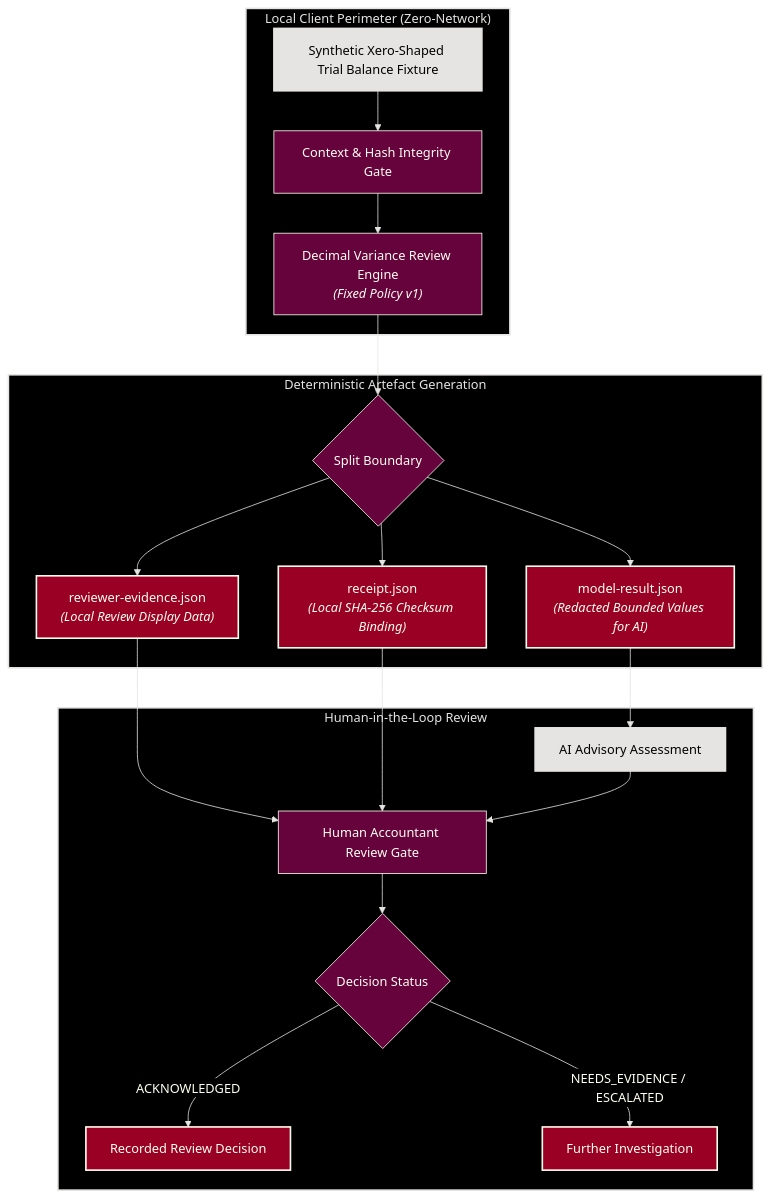
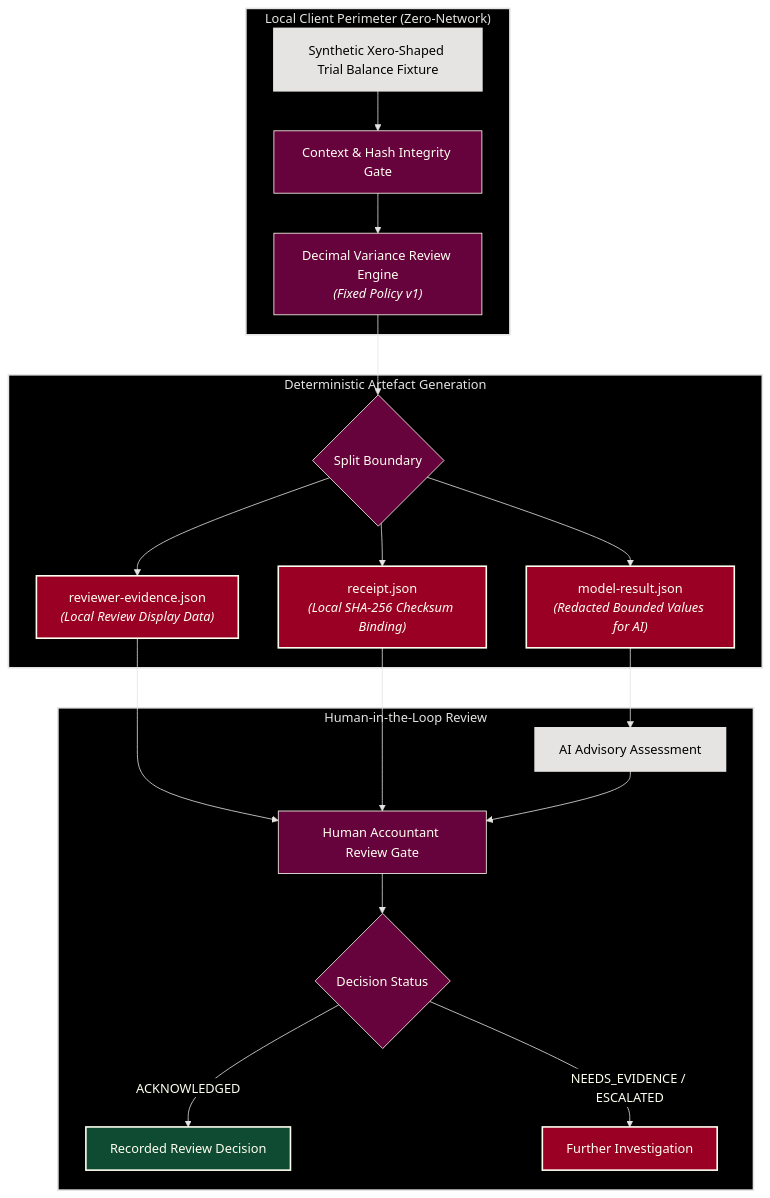
Before and after one commit to ryanduguid/accounting-review-pipeline: the diagram in packages/elizabeth-anne-alexander/README.md, drawn with Mermaid.

Commit message:
elizabeth-anne-alexander: colour the recorded review decision node Rhodesian green (#366)
## Summary

Colours the "Recorded Review Decision" node, the ACKNOWLEDGED outcome in
the elizabeth-anne-alexander README diagram, Rhodesian green (#0F4B32).
Green marks a passed result across Ryan's GitHub badges and diagrams;
"Further Investigation" stays crimson.

```diff
- style Done fill:#990024,stroke:#FFFFF0,stroke-width:2px,color:#FFFFF0
+ style Done fill:#0F4B32,stroke:#FFFFF0,stroke-width:2px,color:#FFFFF0
```

The evatt diagram change is in a separate PR, one component per PR.

## Evidence

- The diagram rendered with Mermaid 11.4.1 in a local preview. Ivory
text on the green measures 10.04:1.

## Merge danger

**Door:** two-way. **Blast radius:** README diagram

## Unverified

- GitHub's own rendering of the diagram, until the PR preview is
checked.
- The component's own checks were not run locally; this changes one
Mermaid style line in Markdown.

````diff
--- a/packages/elizabeth-anne-alexander/README.md
+++ b/packages/elizabeth-anne-alexander/README.md
@@ -50,34 +50,34 @@
 ```mermaid
 flowchart TD
 %%{init: {"theme": "base", "look": "classic", "themeVariables": {"background": "#000000", "primaryColor": "#66023C", "primaryTextColor": "#FFFFF0", "primaryBorderColor": "#FFFFF0", "lineColor": "#E5E4E2", "textColor": "#FFFFF0", "edgeLabelBackground": "#000000", "clusterBkg": "#000000", "clusterBorder": "#E5E4E2", "titleColor": "#E5E4E2"}}}%%
     subgraph ClientPerimeter ["Local Client Perimeter (Zero-Network)"]
         Raw["Synthetic Xero-Shaped Trial Balance Fixture"] --> Validate["Context & Hash Integrity Gate"]
         Validate --> Engine["Decimal Variance Review Engine<br/><i>(Fixed Policy v1)</i>"]
     end
 
     subgraph ArtifactSplit ["Deterministic Artefact Generation"]
         Engine --> Split{"Split Boundary"}
         Split --> Model["model-result.json<br/><i>(Redacted Bounded Values for AI)</i>"]
         Split --> Evidence["reviewer-evidence.json<br/><i>(Local Review Display Data)</i>"]
         Split --> Receipt["receipt.json<br/><i>(Local SHA-256 Checksum Binding)</i>"]
     end
 
     subgraph Governance ["Human-in-the-Loop Review"]
         Model --> LLM["AI Advisory Assessment"]
         Evidence & Receipt & LLM --> Reviewer["Human Accountant Review Gate"]
         Reviewer --> Decision{"Decision Status"}
         Decision -->|ACKNOWLEDGED| Done["Recorded Review Decision"]
         Decision -->|NEEDS_EVIDENCE / ESCALATED| Action["Further Investigation"]
     end
 
     style ClientPerimeter fill:#000000,stroke:#E5E4E2,stroke-width:2px,color:#E5E4E2
     style ArtifactSplit fill:#000000,stroke:#E5E4E2,stroke-width:2px,color:#E5E4E2
     style Governance fill:#000000,stroke:#E5E4E2,stroke-width:2px,color:#E5E4E2
     style Model fill:#990024,stroke:#FFFFF0,stroke-width:2px,color:#FFFFF0
     style Evidence fill:#990024,stroke:#FFFFF0,stroke-width:2px,color:#FFFFF0
     style Receipt fill:#990024,stroke:#FFFFF0,stroke-width:2px,color:#FFFFF0
-    style Done fill:#990024,stroke:#FFFFF0,stroke-width:2px,color:#FFFFF0
+    style Done fill:#0F4B32,stroke:#FFFFF0,stroke-width:2px,color:#FFFFF0
     style Action fill:#990024,stroke:#FFFFF0,stroke-width:2px,color:#FFFFF0
     classDef external fill:#E5E4E2,stroke:#E5E4E2,stroke-width:2px,color:#000000
     class Raw,LLM external
 ```
````
